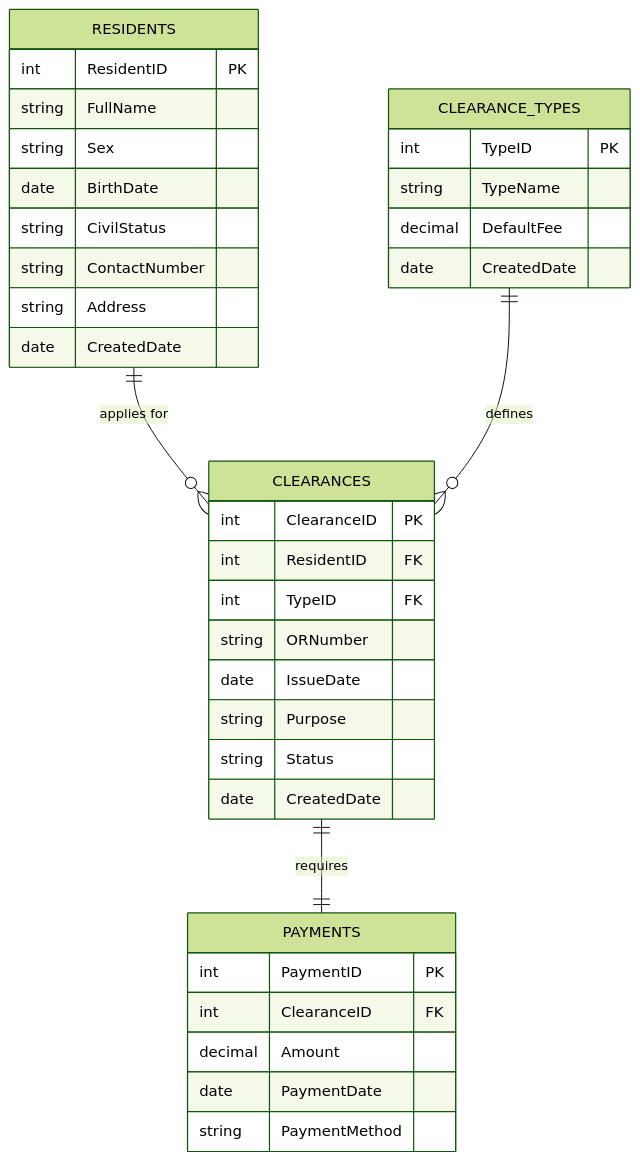
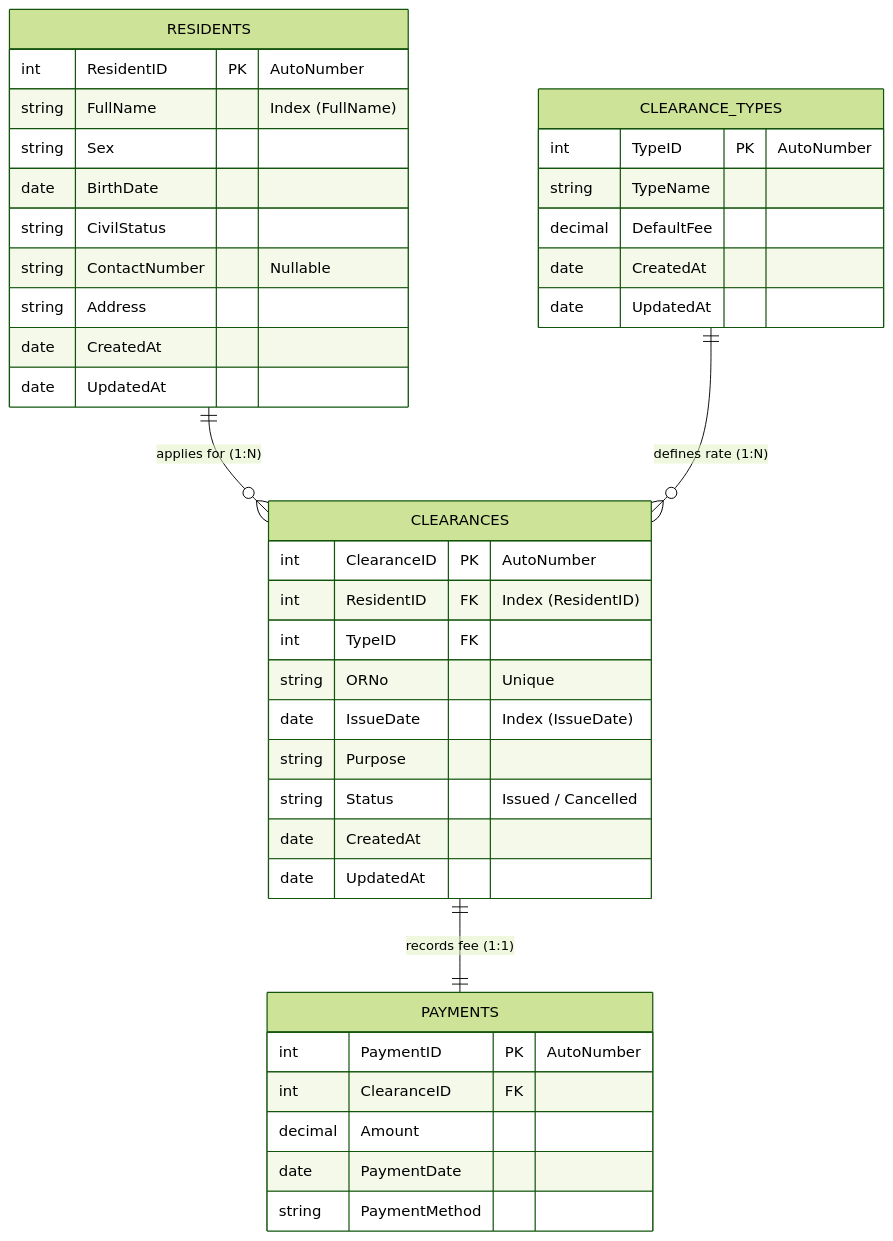
One commit to kaka-bear/Barangay-Clearance-Residents-Registry changed the diagram in README.md. Above: the diagram before and after it, drawn with Mermaid (forest theme). The commit also changed other lines of this file, not shown here.

````diff
--- a/README.md
+++ b/README.md
@@ -51,40 +48,43 @@
 ```mermaid
 erDiagram
     RESIDENTS {
-        int ResidentID PK
-        string FullName
+        int ResidentID PK "AutoNumber"
+        string FullName "Index (FullName)"
         string Sex
         date BirthDate
         string CivilStatus
-        string ContactNumber
+        string ContactNumber "Nullable"
         string Address
-        date CreatedDate
+        date CreatedAt
+        date UpdatedAt
     }
     CLEARANCE_TYPES {
-        int TypeID PK
+        int TypeID PK "AutoNumber"
         string TypeName
         decimal DefaultFee
-        date CreatedDate
+        date CreatedAt
+        date UpdatedAt
     }
     CLEARANCES {
-        int ClearanceID PK
-        int ResidentID FK
+        int ClearanceID PK "AutoNumber"
+        int ResidentID FK "Index (ResidentID)"
         int TypeID FK
-        string ORNumber
-        date IssueDate
+        string ORNo "Unique"
+        date IssueDate "Index (IssueDate)"
         string Purpose
-        string Status
-        date CreatedDate
+        string Status "Issued / Cancelled"
+        date CreatedAt
+        date UpdatedAt
     }
     PAYMENTS {
-        int PaymentID PK
+        int PaymentID PK "AutoNumber"
         int ClearanceID FK
         decimal Amount
         date PaymentDate
         string PaymentMethod
     }
 
-    RESIDENTS ||--o{ CLEARANCES : "applies for"
-    CLEARANCE_TYPES ||--o{ CLEARANCES : "defines"
-    CLEARANCES ||--|| PAYMENTS : "requires"
+    RESIDENTS ||--o{ CLEARANCES : "applies for (1:N)"
+    CLEARANCE_TYPES ||--o{ CLEARANCES : "defines rate (1:N)"
+    CLEARANCES ||--|| PAYMENTS : "records fee (1:1)"
 ```
````
